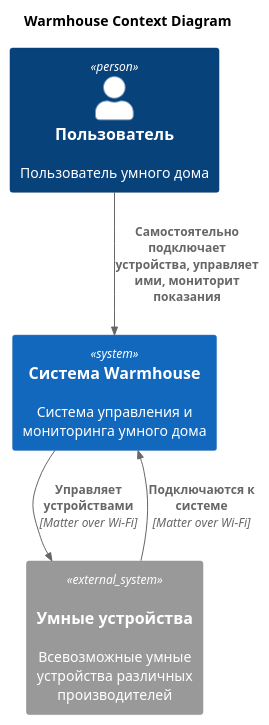
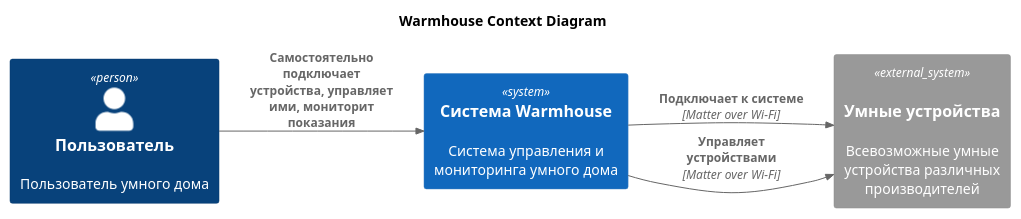
One commit to Super-Cereal/arch-warmhouse changed the diagram in docs/architecture/C4_context.puml. Above: the diagram before and after it, drawn with PlantUML. The commit also changed 22 other files, not shown here.

```diff
--- a/docs/architecture/C4_context.puml
+++ b/docs/architecture/C4_context.puml
@@ -1,18 +1,18 @@
 @startuml C4_context
 title Warmhouse Context Diagram
 
-top to bottom direction
+left to right direction
 
 !include <C4/C4_Context>
 
 Person(User, "Пользователь", "Пользователь умного дома")
 
 System(WarmhouseSystem, "Система Warmhouse", "Система управления и мониторинга умного дома")
 
 System_Ext(Devices, "Умные устройства", "Всевозможные умные устройства различных производителей", "aada")
 
 Rel(User, WarmhouseSystem, "Самостоятельно подключает устройства, управляет ими, мониторит показания")
-Rel(Devices, WarmhouseSystem, "Подключаются к системе", "Matter over Wi-Fi")
+Rel(WarmhouseSystem, Devices, "Подключает к системе", "Matter over Wi-Fi")
 Rel(WarmhouseSystem, Devices, "Управляет устройствами", "Matter over Wi-Fi")
 
 @enduml
```
